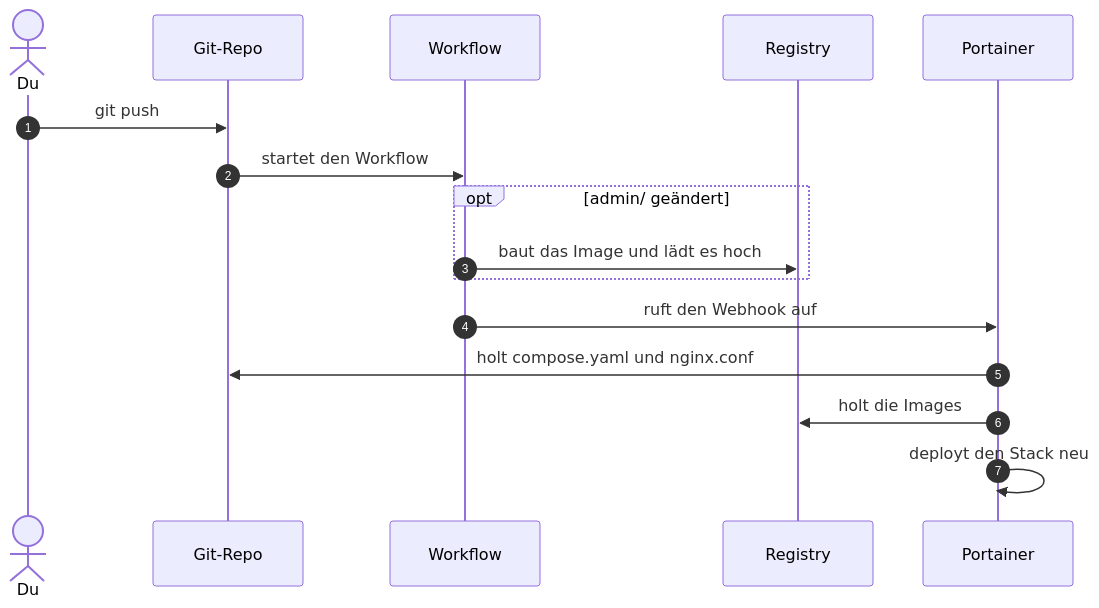
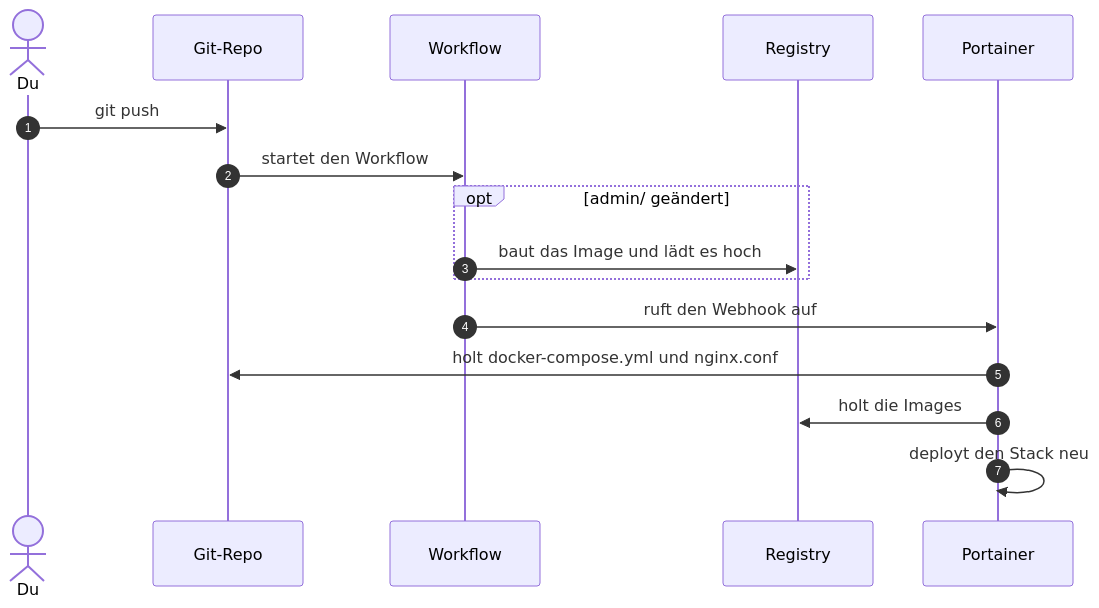
Before and after one commit to Pr0gh4nt3r/CraftApps: the fourth of 4 diagrams in README.de.md, drawn with Mermaid. The commit also changed other lines of this file and 8 other files, not shown here.

First line of the commit message:
refactor(compose): rename the compose files to docker-compose.yml

````diff
--- a/README.de.md
+++ b/README.de.md
@@ -299,18 +299,18 @@
 ```mermaid
 sequenceDiagram
   autonumber
   actor you as Du
   participant repo as Git-Repo
   participant ci as Workflow
   participant registry as Registry
   participant portainer as Portainer
   you->>repo: git push
   repo->>ci: startet den Workflow
   opt admin/ geändert
     ci->>registry: baut das Image und lädt es hoch
   end
   ci->>portainer: ruft den Webhook auf
-  portainer->>repo: holt compose.yaml und nginx.conf
+  portainer->>repo: holt docker-compose.yml und nginx.conf
   portainer->>registry: holt die Images
   portainer->>portainer: deployt den Stack neu
 ```
````
